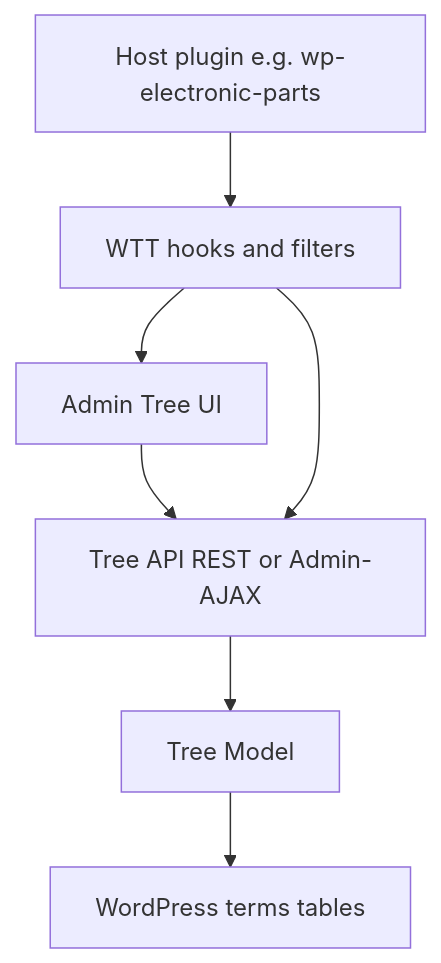
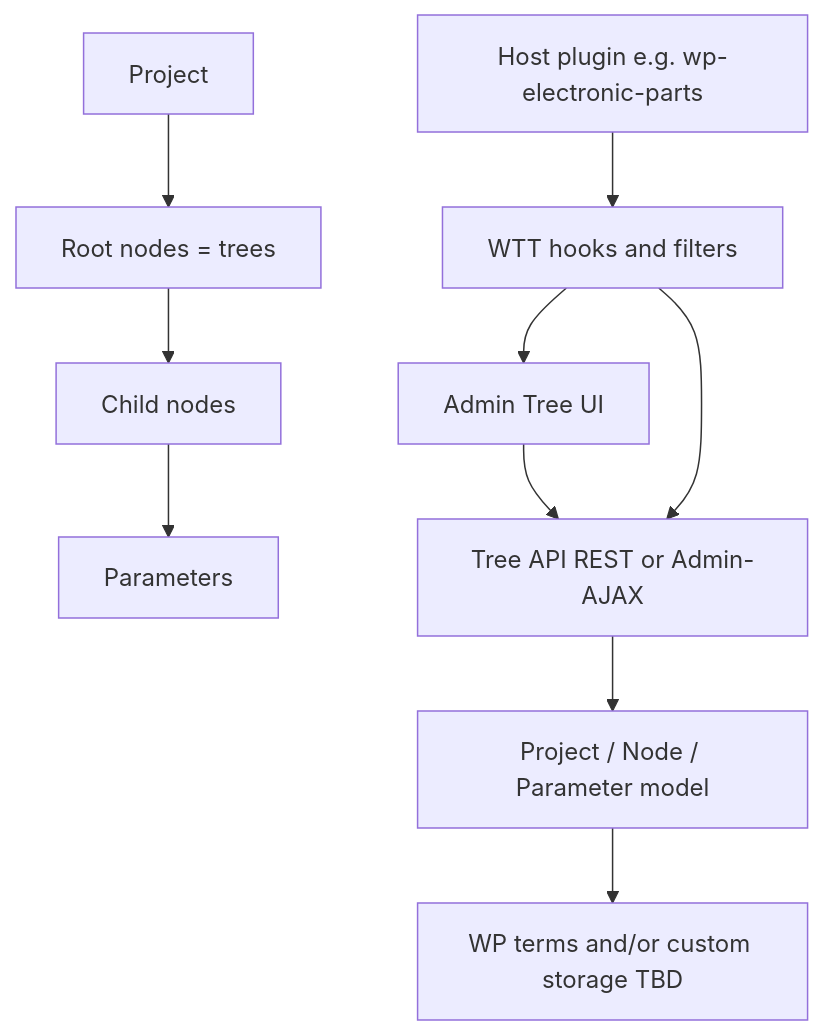
One commit to sfambach/wp-taxonomy-modeler changed the first of 2 diagrams in docs/ARCHITECTURE.md. Above: the diagram before and after it, drawn with Mermaid.

Commit message:
Show Project and root-defined trees in architecture diagram

````diff
--- a/docs/ARCHITECTURE.md
+++ b/docs/ARCHITECTURE.md
@@ -13,9 +13,12 @@
 ```mermaid
 flowchart TB
+  Project[Project] --> Roots[Root nodes = trees]
+  Roots --> Nodes[Child nodes]
+  Nodes --> Params[Parameters]
   Host[Host plugin e.g. wp-electronic-parts] --> Hooks[WTT hooks and filters]
   Admin[Admin Tree UI] --> API[Tree API REST or Admin-AJAX]
-  API --> Model[Tree Model]
-  Model --> Terms[WordPress terms tables]
+  API --> Model[Project / Node / Parameter model]
+  Model --> Storage[WP terms and/or custom storage TBD]
   Hooks --> Admin
   Hooks --> API
 ```
````
